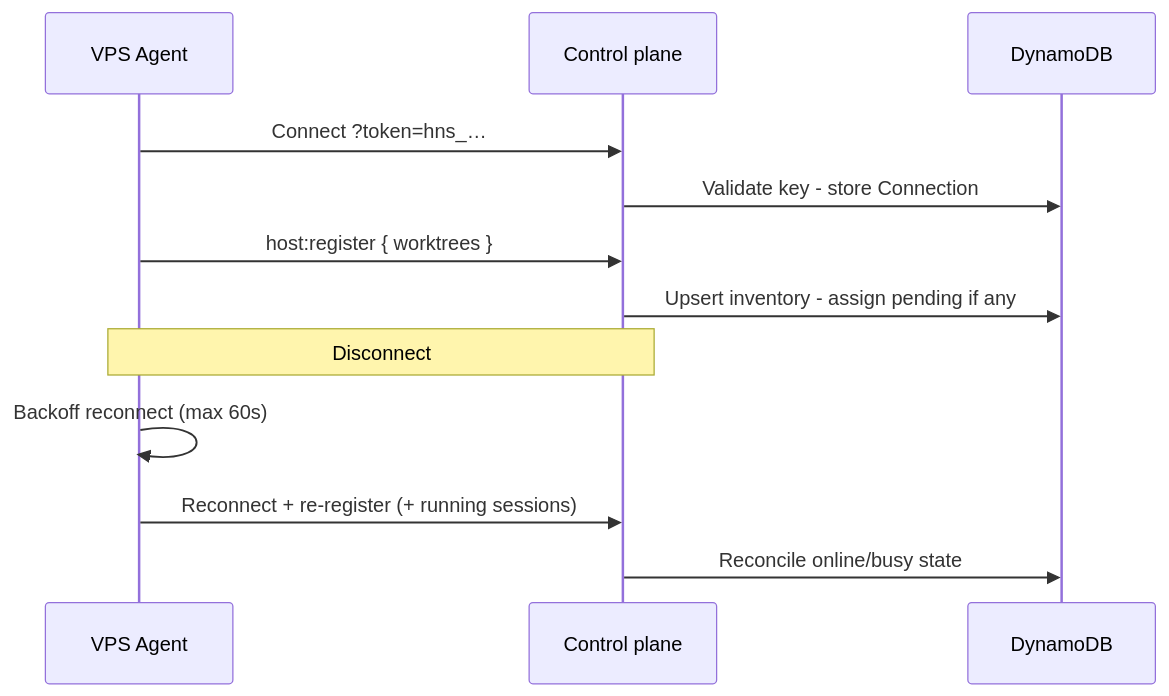
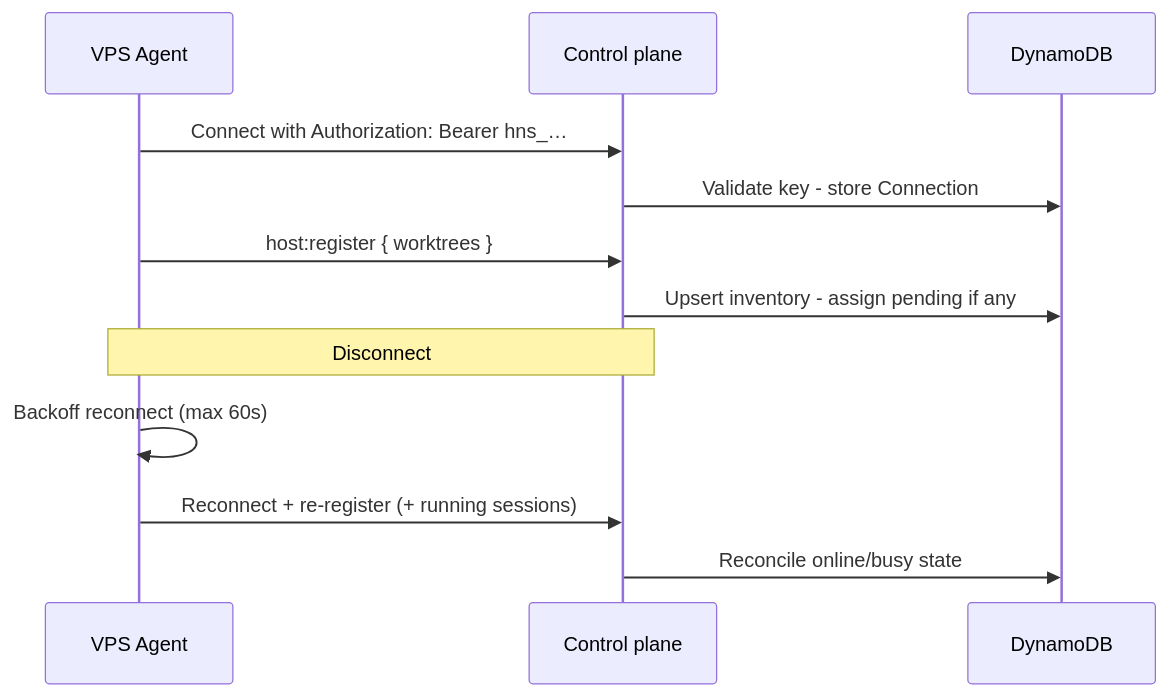
The third of 4 diagrams in docs/architecture.md (jonathanong/auto-harness), drawn with Mermaid before and after one commit. The commit also changed 4 other files, not shown here.

````diff
--- a/docs/architecture.md
+++ b/docs/architecture.md
@@ -111,16 +111,16 @@
 ```mermaid
 sequenceDiagram
     participant Agent as VPS Agent
     participant API as Control plane
     participant DDB as DynamoDB
 
-    Agent->>API: Connect ?token=hns_…
+  Agent->>API: Connect with Authorization: Bearer hns_…
     API->>DDB: Validate key - store Connection
     Agent->>API: host:register { worktrees }
     API->>DDB: Upsert inventory - assign pending if any
 
     Note over Agent,API: Disconnect
     Agent->>Agent: Backoff reconnect (max 60s)
     Agent->>API: Reconnect + re-register (+ running sessions)
     API->>DDB: Reconcile online/busy state
 ```
````
